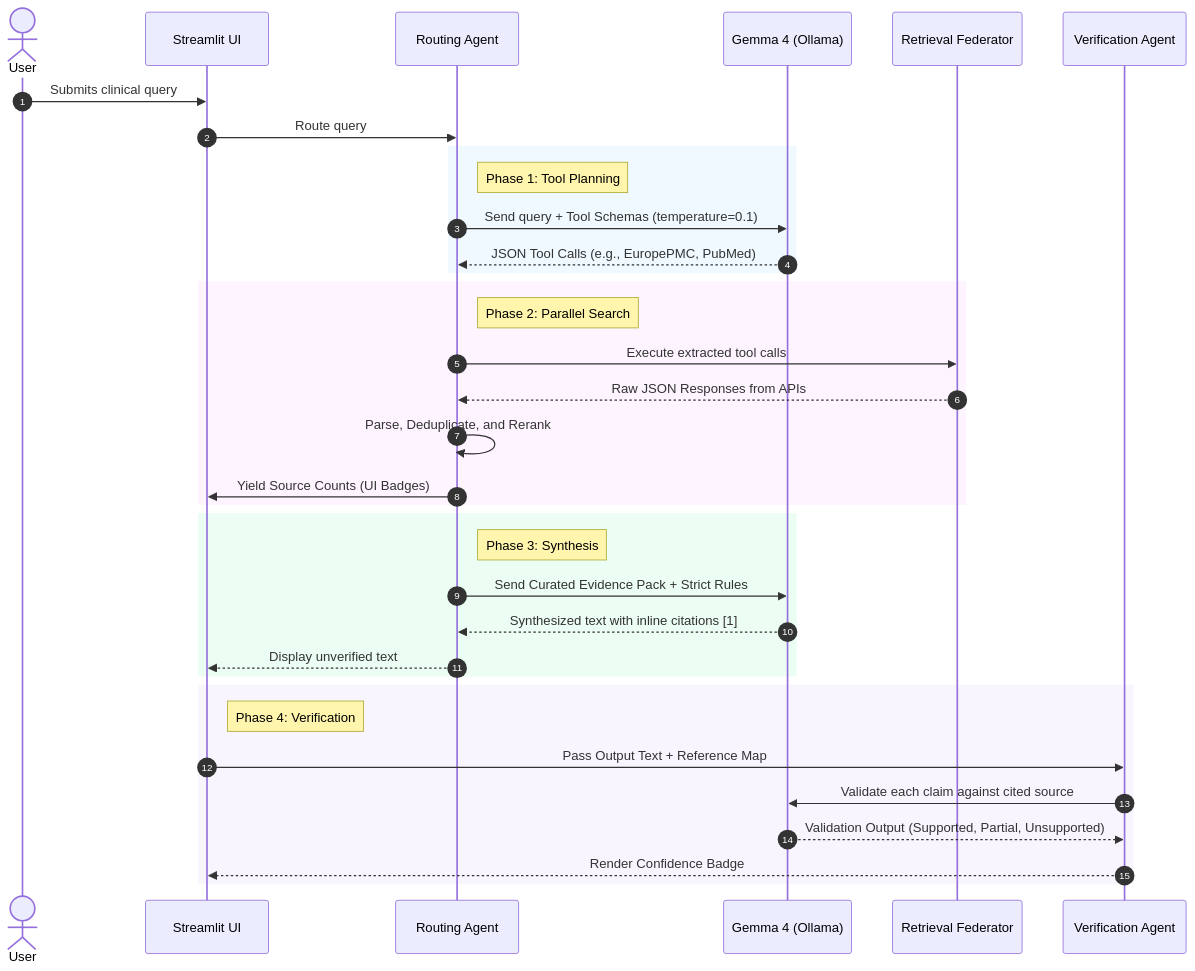
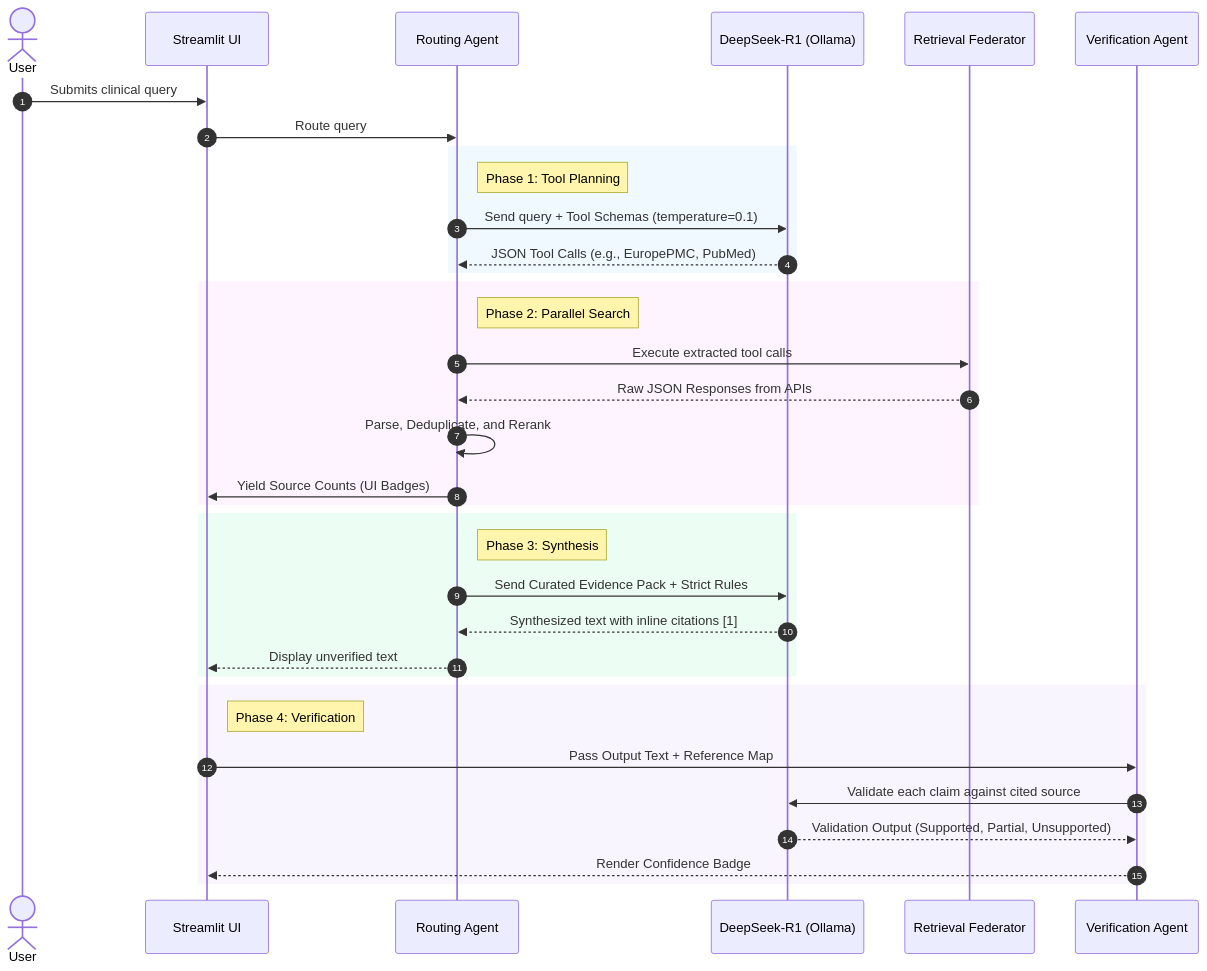
The diagram in docs/diagrams/agent_loop.mmd (vmadhuvarshi/Drug_Target_Literature_Agent), drawn with Mermaid before and after one commit. The commit also changed 16 other files, not shown here.

```diff
--- a/docs/diagrams/agent_loop.mmd
+++ b/docs/diagrams/agent_loop.mmd
@@ -1,40 +1,40 @@
 sequenceDiagram
     autonumber
     actor User
     participant App as Streamlit UI
     participant Agent as Routing Agent
-    participant LLM as Gemma 4 (Ollama)
+    participant LLM as DeepSeek-R1 (Ollama)
     participant Search as Retrieval Federator
     participant Verifier as Verification Agent
 
     User->>App: Submits clinical query
     App->>Agent: Route query
     
     rect rgb(240, 249, 255)
         note right of Agent: Phase 1: Tool Planning
         Agent->>LLM: Send query + Tool Schemas (temperature=0.1)
         LLM-->>Agent: JSON Tool Calls (e.g., EuropePMC, PubMed)
     end
     
     rect rgb(253, 244, 255)
         note right of Agent: Phase 2: Parallel Search
         Agent->>Search: Execute extracted tool calls
         Search-->>Agent: Raw JSON Responses from APIs
         Agent->>Agent: Parse, Deduplicate, and Rerank
         Agent->>App: Yield Source Counts (UI Badges)
     end
 
     rect rgb(236, 253, 243)
         note right of Agent: Phase 3: Synthesis
         Agent->>LLM: Send Curated Evidence Pack + Strict Rules
         LLM-->>Agent: Synthesized text with inline citations [1]
         Agent-->>App: Display unverified text
     end
 
     rect rgb(249, 245, 255)
         note right of App: Phase 4: Verification
         App->>Verifier: Pass Output Text + Reference Map
         Verifier->>LLM: Validate each claim against cited source
         LLM-->>Verifier: Validation Output (Supported, Partial, Unsupported)
         Verifier-->>App: Render Confidence Badge
     end
```
